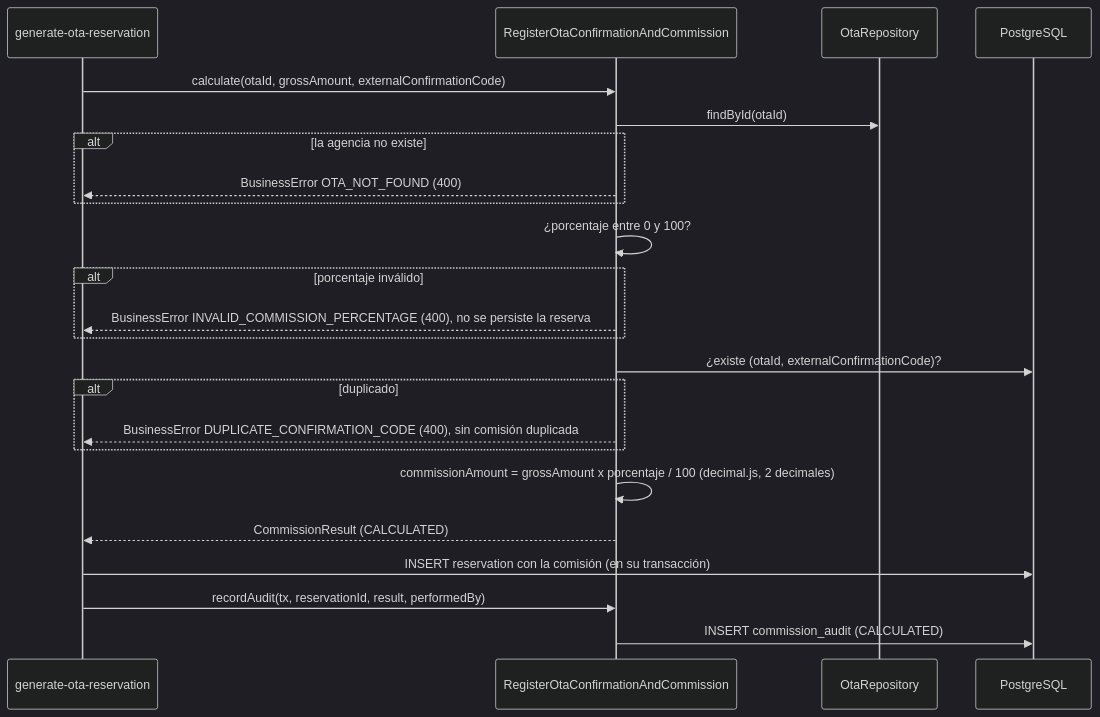
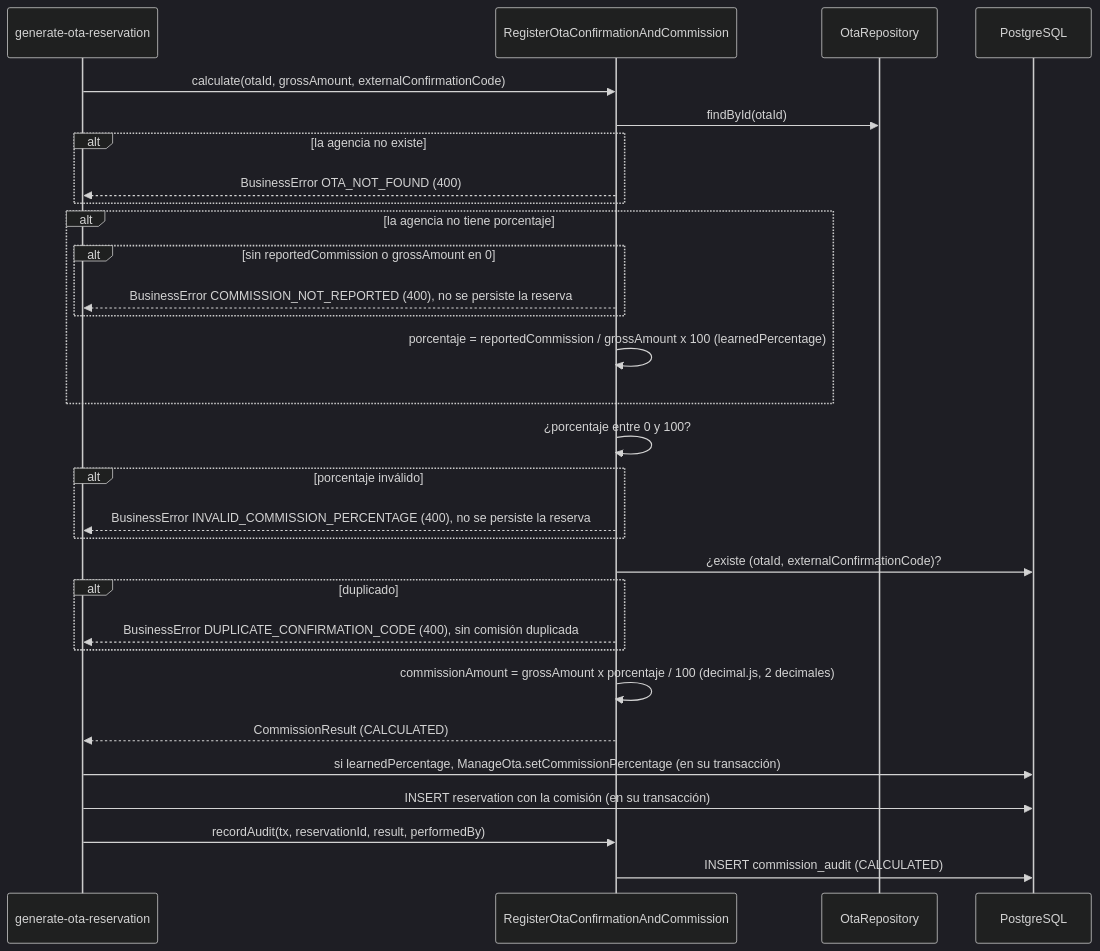
The first of 4 diagrams in specs/register-ota-information-commission/plan.md (Lapicero312-lapi/HOSPITUA-MOD-2), drawn with Mermaid (dark theme) before and after one commit. The commit also changed other lines of this file and 7 other files, not shown here.

First line of the commit message:
docs(specs): porcentaje de comisión fijo por agencia calculado con su primera reserva, sin id del hotel

````diff
--- a/specs/register-ota-information-commission/plan.md
+++ b/specs/register-ota-information-commission/plan.md
@@ -309,26 +324,33 @@
 ```mermaid
 sequenceDiagram
     participant G as generate-ota-reservation
     participant C as RegisterOtaConfirmationAndCommission
     participant R as OtaRepository
     participant DB as PostgreSQL
 
     G->>C: calculate(otaId, grossAmount, externalConfirmationCode)
     C->>R: findById(otaId)
     alt la agencia no existe
         C-->>G: BusinessError OTA_NOT_FOUND (400)
     end
+    alt la agencia no tiene porcentaje
+        alt sin reportedCommission o grossAmount en 0
+            C-->>G: BusinessError COMMISSION_NOT_REPORTED (400), no se persiste la reserva
+        end
+        C->>C: porcentaje = reportedCommission / grossAmount x 100 (learnedPercentage)
+    end
     C->>C: ¿porcentaje entre 0 y 100?
     alt porcentaje inválido
         C-->>G: BusinessError INVALID_COMMISSION_PERCENTAGE (400), no se persiste la reserva
     end
     C->>DB: ¿existe (otaId, externalConfirmationCode)?
     alt duplicado
         C-->>G: BusinessError DUPLICATE_CONFIRMATION_CODE (400), sin comisión duplicada
     end
     C->>C: commissionAmount = grossAmount x porcentaje / 100 (decimal.js, 2 decimales)
     C-->>G: CommissionResult (CALCULATED)
+    G->>DB: si learnedPercentage, ManageOta.setCommissionPercentage (en su transacción)
     G->>DB: INSERT reservation con la comisión (en su transacción)
     G->>C: recordAudit(tx, reservationId, result, performedBy)
     C->>DB: INSERT commission_audit (CALCULATED)
 ```
````
